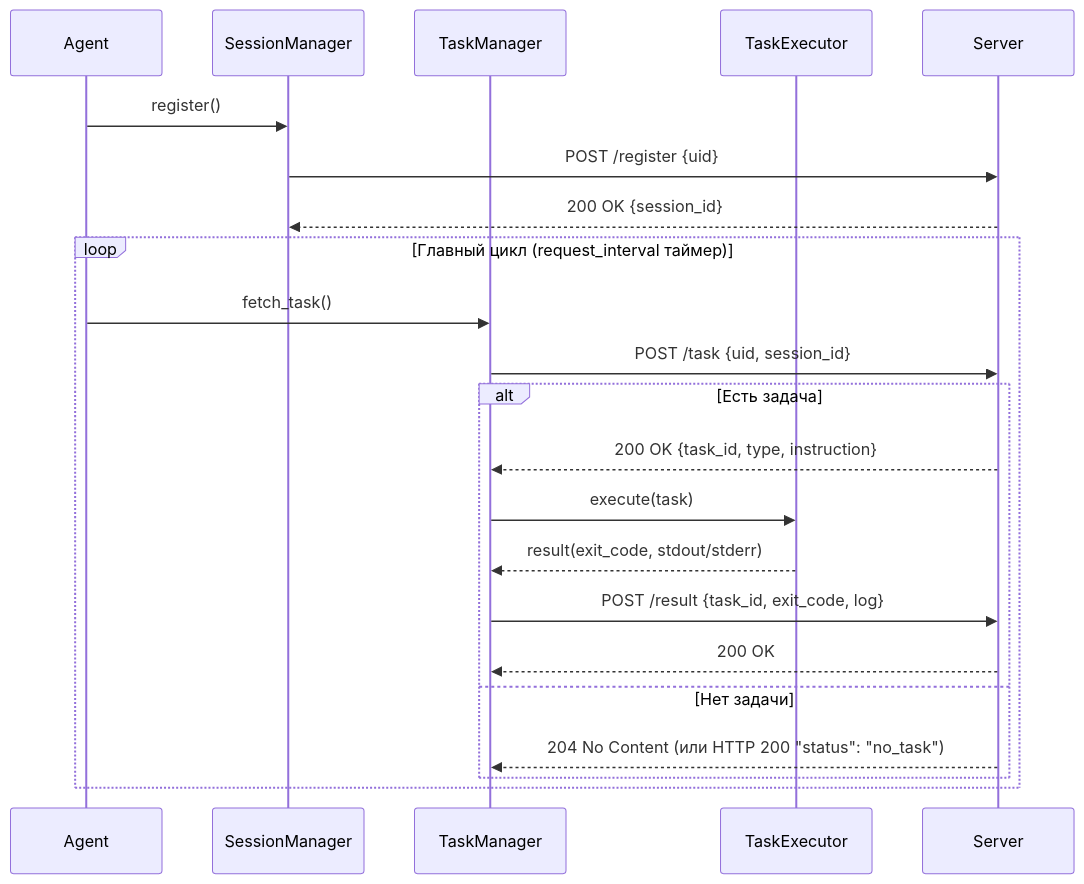
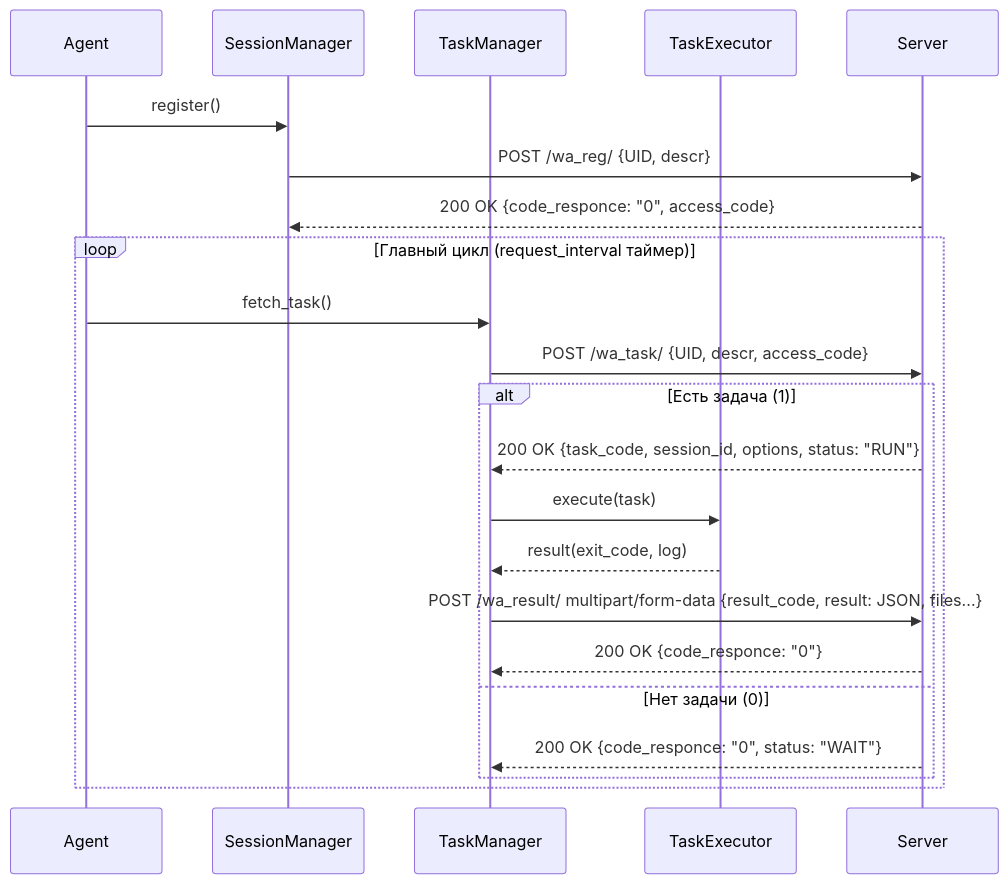
Before and after one commit to post-kserks/webagent: the second of 2 diagrams in docs/Architecture.md, drawn with Mermaid. The commit also changed other lines of this file and 3 other files, not shown here.

````diff
--- a/docs/Architecture.md
+++ b/docs/Architecture.md
@@ -102,25 +102,25 @@
 ```mermaid
 sequenceDiagram
     participant A as Agent
     participant SM as SessionManager
     participant TM as TaskManager
     participant TE as TaskExecutor
     participant S as Server
     
     A->>SM: register()
-    SM->>S: POST /register {uid}
-    S-->>SM: 200 OK {session_id}
+    SM->>S: POST /wa_reg/ {UID, descr}
+    S-->>SM: 200 OK {code_responce: "0", access_code}
     loop Главный цикл (request_interval таймер)
         A->>TM: fetch_task()
-        TM->>S: POST /task {uid, session_id}
-        alt Есть задача
-            S-->>TM: 200 OK {task_id, type, instruction}
+        TM->>S: POST /wa_task/ {UID, descr, access_code}
+        alt Есть задача (1)
+            S-->>TM: 200 OK {task_code, session_id, options, status: "RUN"}
             TM->>TE: execute(task)
-            TE-->>TM: result(exit_code, stdout/stderr)
-            TM->>S: POST /result {task_id, exit_code, log}
-            S-->>TM: 200 OK
-        else Нет задачи
-            S-->>TM: 204 No Content (или HTTP 200 "status": "no_task")
+            TE-->>TM: result(exit_code, log)
+            TM->>S: POST /wa_result/ multipart/form-data {result_code, result: JSON, files...}
+            S-->>TM: 200 OK {code_responce: "0"}
+        else Нет задачи (0)
+            S-->>TM: 200 OK {code_responce: "0", status: "WAIT"}
         end
     end
 ```
````
